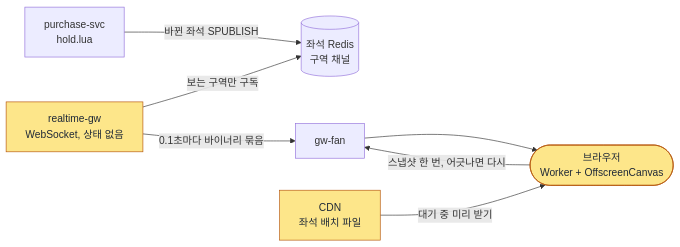
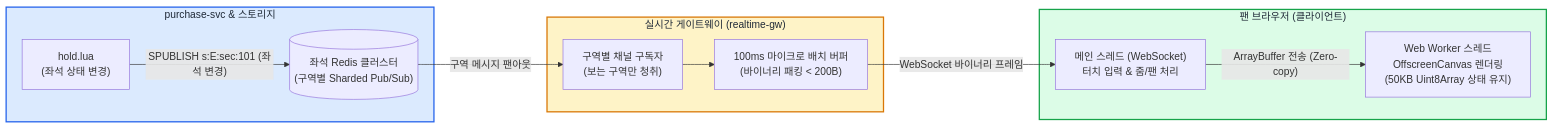
One commit to peaket/peaket changed the ninth of 18 diagrams in docs/walkthrough/01-system-design.md. Above: the diagram before and after it, drawn with Mermaid. The commit also changed other lines of this file and 77 other files, not shown here.

````diff
--- a/docs/walkthrough/01-system-design.md
+++ b/docs/walkthrough/01-system-design.md
@@ -721,16 +1129,30 @@
 ```mermaid
 flowchart LR
-    inv["purchase-svc<br/>hold.lua"]
-    sredis[("좌석 Redis<br/>구역 채널")]
-    rgw["realtime-gw<br/>WebSocket, 상태 없음"]:::new
-    gwf["gw-fan"]
-    browser(["브라우저<br/>Worker + OffscreenCanvas"]):::new
-    cdn["CDN<br/>좌석 배치 파일"]:::new
-    inv -->|"바뀐 좌석 SPUBLISH"| sredis
-    rgw -->|"보는 구역만 구독"| sredis
-    rgw -->|"0.1초마다 바이너리 묶음"| gwf
-    gwf --> browser
-    browser -->|"스냅샷 한 번, 어긋나면 다시"| gwf
-    cdn -->|"대기 중 미리 받기"| browser
-    classDef new fill:#fde68a,stroke:#b45309,color:#1f2937
+    subgraph CoreEngine["purchase-svc & 스토리지"]
+        lua["hold.lua<br/>(좌석 상태 변경)"]
+        sredis[("좌석 Redis 클러스터<br/>(구역별 Sharded Pub/Sub)")]
+    end
+
+    subgraph RealtimeLayer["실시간 게이트웨이 (realtime-gw)"]
+        sub["구역별 채널 구독자<br/>(보는 구역만 청취)"]
+        batch["100ms 마이크로 배치 버퍼<br/>(바이너리 패킹 < 200B)"]
+    end
+
+    subgraph BrowserApp["팬 브라우저 (클라이언트)"]
+        ws["메인 스레드 (WebSocket)<br/>터치 입력 & 줌/팬 처리"]
+        worker["Web Worker 스레드<br/>OffscreenCanvas 렌더링<br/>(50KB Uint8Array 상태 유지)"]
+    end
+
+    lua -->|"SPUBLISH s:E:sec:101 (좌석 변경)"| sredis
+    sredis -->|"구역 메시지 팬아웃"| sub
+    sub --> batch
+    batch -->|"WebSocket 바이너리 프레임"| ws
+    ws -->|"ArrayBuffer 전송 (Zero-copy)"| worker
+
+    classDef core fill:#dbeafe,stroke:#2563eb,stroke-width:2px,color:#1f2937
+    classDef rgw fill:#fef3c7,stroke:#d97706,stroke-width:2px,color:#1f2937
+    classDef client fill:#dcfce7,stroke:#16a34a,stroke-width:2px,color:#1f2937
+    class CoreEngine core
+    class RealtimeLayer rgw
+    class BrowserApp client
 ```
````
